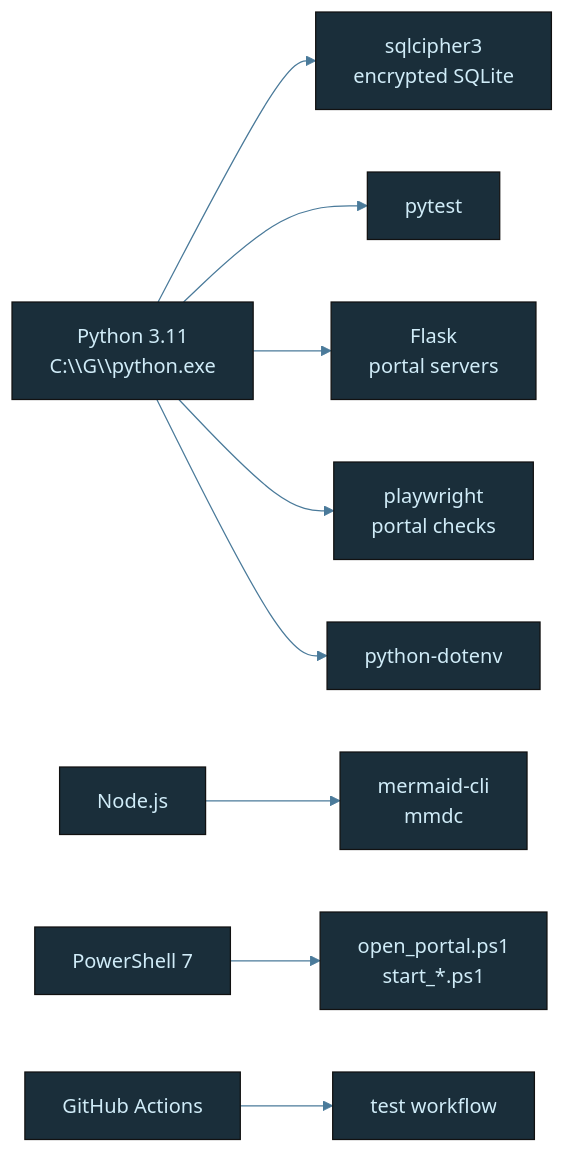
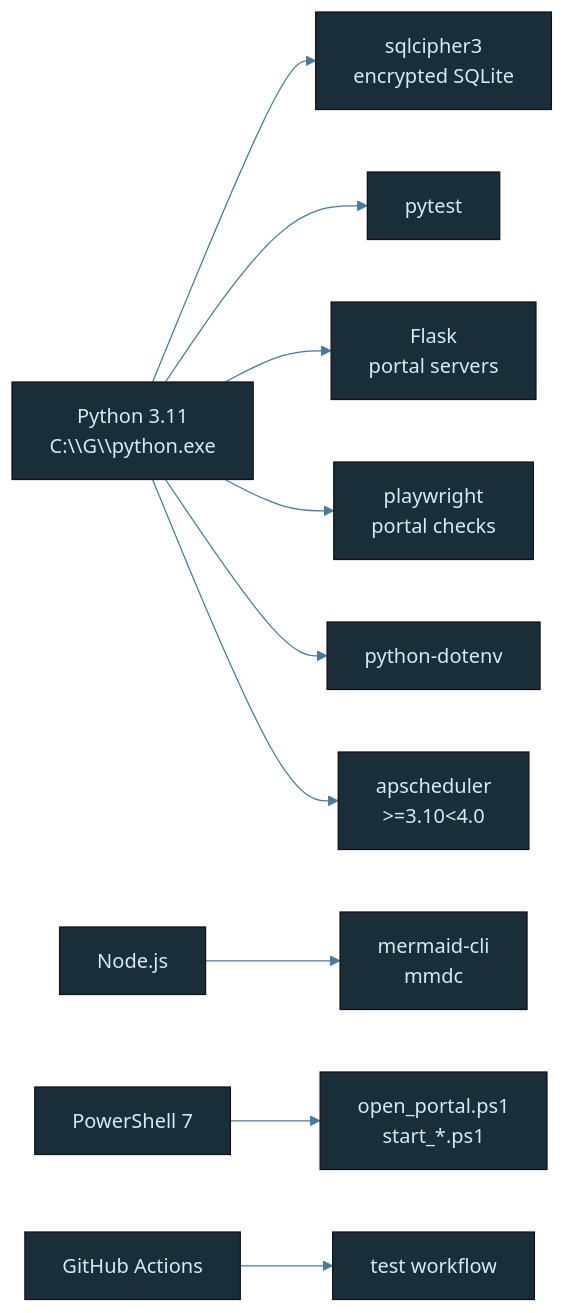
One commit to tylerdrakemusic/-Workspace changed the diagram in diagrams/workspace-tech-stack.mmd. Above: the diagram before and after it, drawn with Mermaid. The commit also changed 3 other files, not shown here.

First line of the commit message:
FR-20260525-api-health-monitor: update architecture diagrams

```diff
--- a/diagrams/workspace-tech-stack.mmd
+++ b/diagrams/workspace-tech-stack.mmd
@@ -1,22 +1,23 @@
 %%{init: {'theme': 'base', 'themeVariables': {'primaryColor': '#1a2e3a', 'primaryTextColor': '#d0ecf8', 'edgeLabelBackground': '#0f1318', 'lineColor': '#4a7a9a'}}}%%
 graph LR
     Python[Python 3.11<br/>C:\\G\\python.exe] --> SQLCipher[sqlcipher3<br/>encrypted SQLite]
     Python --> Pytest[pytest]
     Python --> Flask[Flask<br/>portal servers]
     Python --> Playwright[playwright<br/>portal checks]
     Python --> Dotenv[python-dotenv]
+    Python --> APScheduler[apscheduler<br/>&gt;=3.10&lt;4.0]
     Node[Node.js] --> Mmdc[mermaid-cli<br/>mmdc]
     PowerShell[PowerShell 7] --> LaunchScripts[open_portal.ps1<br/>start_*.ps1]
     GitHub[GitHub Actions] --> CI_Tests[test workflow]
     class Python,Node,PowerShell lang
-    class SQLCipher,Pytest,Flask,Playwright,Dotenv,Mmdc,LaunchScripts,GitHub,CI_Tests tool
+    class SQLCipher,Pytest,Flask,Playwright,Dotenv,APScheduler,Mmdc,LaunchScripts,GitHub,CI_Tests tool
 
 classDef life     fill:#1a2e3a,stroke:#6ab4d4,color:#d0ecf8
 classDef music    fill:#3a1a24,stroke:#d47a8f,color:#f8d0dc
 classDef quantum  fill:#251a3a,stroke:#a07adf,color:#e8d0f8
 classDef manifest fill:#3a2e1a,stroke:#d4a96a,color:#f8ead0
 classDef ws       fill:#1a3a30,stroke:#6ad4b4,color:#d0f8ee
 classDef tyler    fill:#2a1a3a,stroke:#9e4aff,color:#fff
 classDef ext      fill:#3a2020,stroke:#ff7a7a,color:#ffd0d0
 classDef db       fill:#3a3010,stroke:#d4c050,color:#f8f0c0
 classDef state    fill:#1a1a1a,stroke:#888888,color:#cccccc
```
